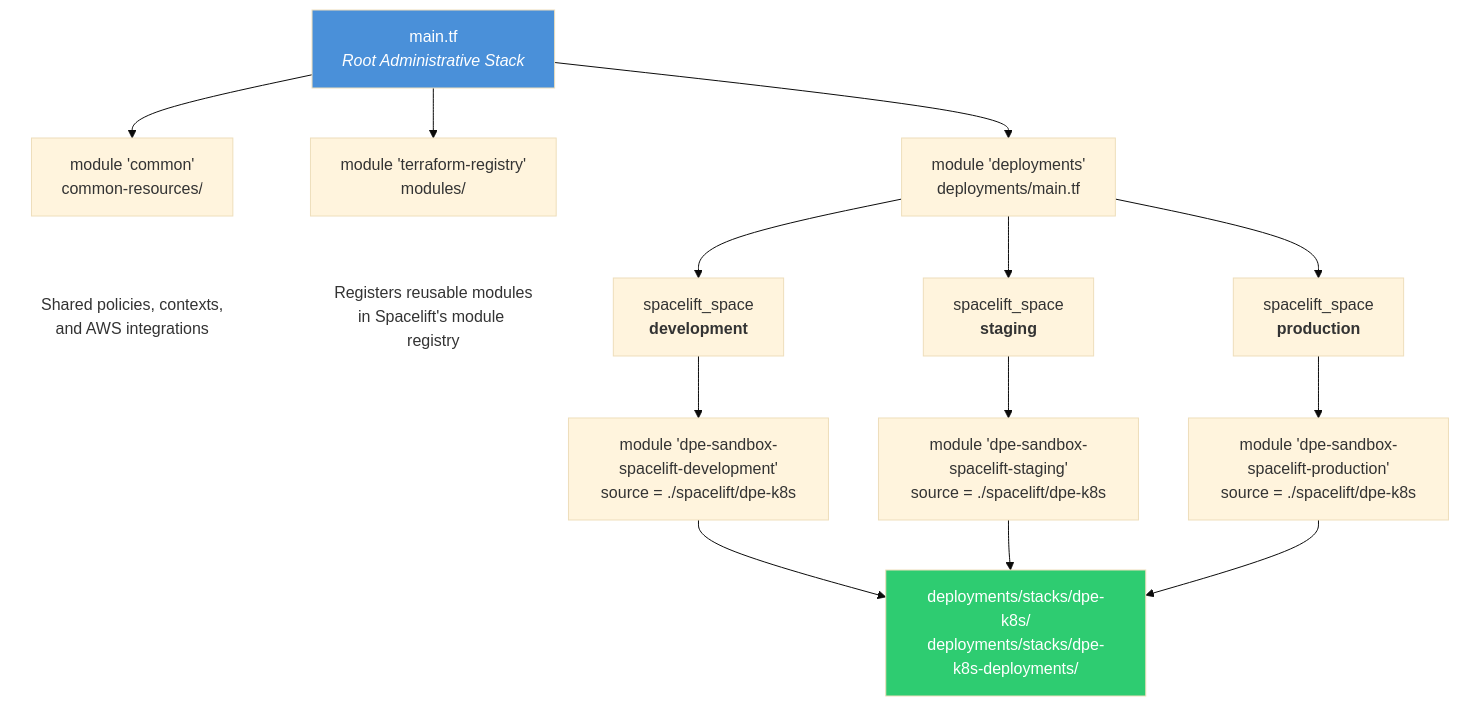
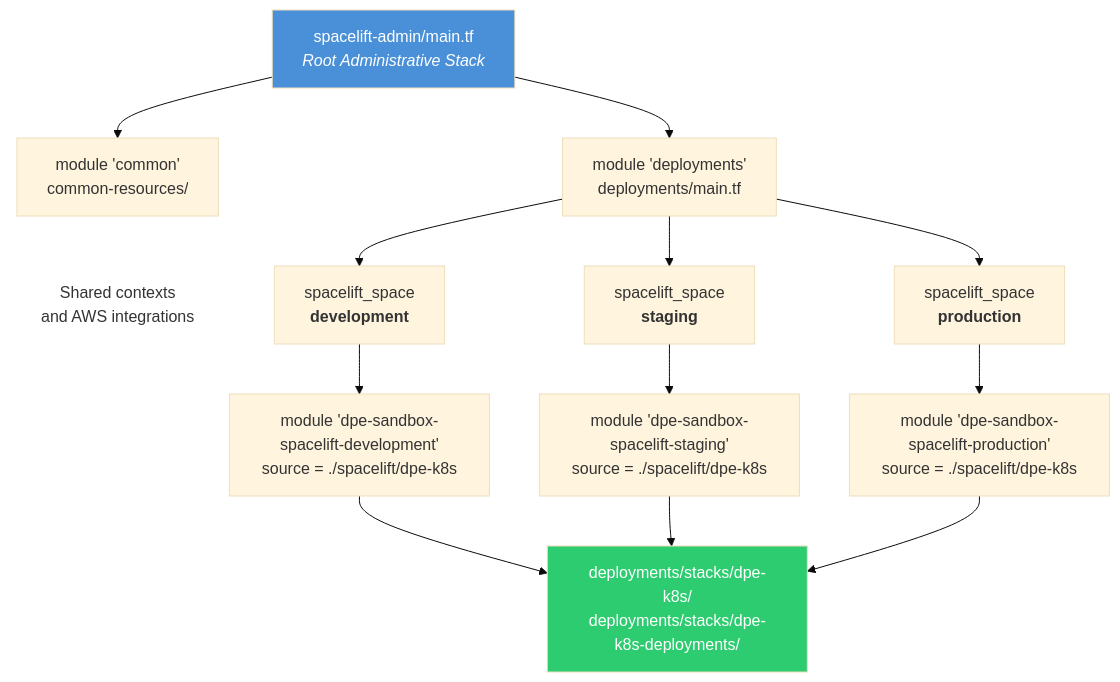
One commit to Sage-Bionetworks-Workflows/eks-stack changed the diagram in README.md. Above: the diagram before and after it, drawn with Mermaid (base theme). The commit also changed other lines of this file and 64 other files, not shown here.

````diff
--- a/README.md
+++ b/README.md
@@ -52,26 +53,23 @@
 ```mermaid
 graph TD
-    ROOT["main.tf<br/><i>Root Administrative Stack</i>"] --> COMMON["module 'common'<br/>common-resources/"]
-    ROOT --> REGISTRY["module 'terraform-registry'<br/>modules/"]
+    ROOT["spacelift-admin/main.tf<br/><i>Root Administrative Stack</i>"] --> COMMON["module 'common'<br/>common-resources/"]
     ROOT --> DEPLOY["module 'deployments'<br/>deployments/main.tf"]
 
-    COMMON ~~~ NOTE_C["Shared policies, contexts,<br/>and AWS integrations"]
-    REGISTRY ~~~ NOTE_R["Registers reusable modules<br/>in Spacelift's module registry"]
+    COMMON ~~~ NOTE_C["Shared contexts<br/>and AWS integrations"]
 
     DEPLOY --> DEV["spacelift_space<br/><b>development</b>"]
     DEPLOY --> STG["spacelift_space<br/><b>staging</b>"]
     DEPLOY --> PROD["spacelift_space<br/><b>production</b>"]
 
     DEV --> DEV_MOD["module 'dpe-sandbox-spacelift-development'<br/>source = ./spacelift/dpe-k8s"]
     STG --> STG_MOD["module 'dpe-sandbox-spacelift-staging'<br/>source = ./spacelift/dpe-k8s"]
     PROD --> PROD_MOD["module 'dpe-sandbox-spacelift-production'<br/>source = ./spacelift/dpe-k8s"]
 
     DEV_MOD --> STACKS["deployments/stacks/dpe-k8s/<br/>deployments/stacks/dpe-k8s-deployments/"]
     STG_MOD --> STACKS
     PROD_MOD --> STACKS
 
     style ROOT fill:#4a90d9,color:#fff
     style STACKS fill:#2ecc71,color:#fff
     style NOTE_C fill:none,stroke:none
-    style NOTE_R fill:none,stroke:none
 ```
````
